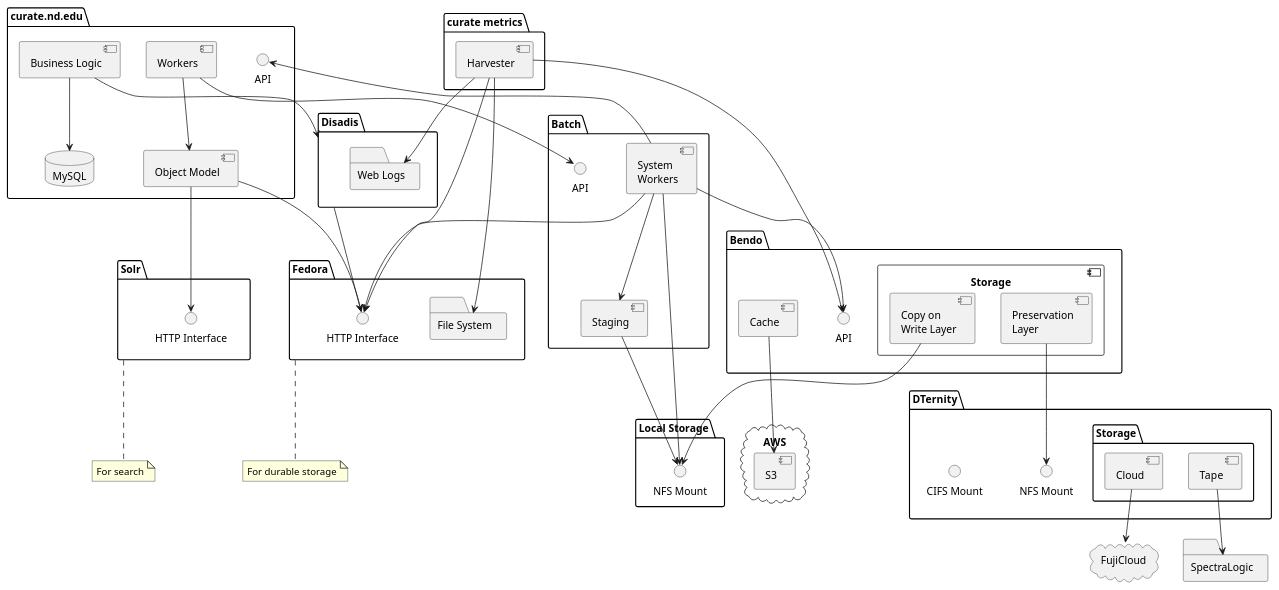
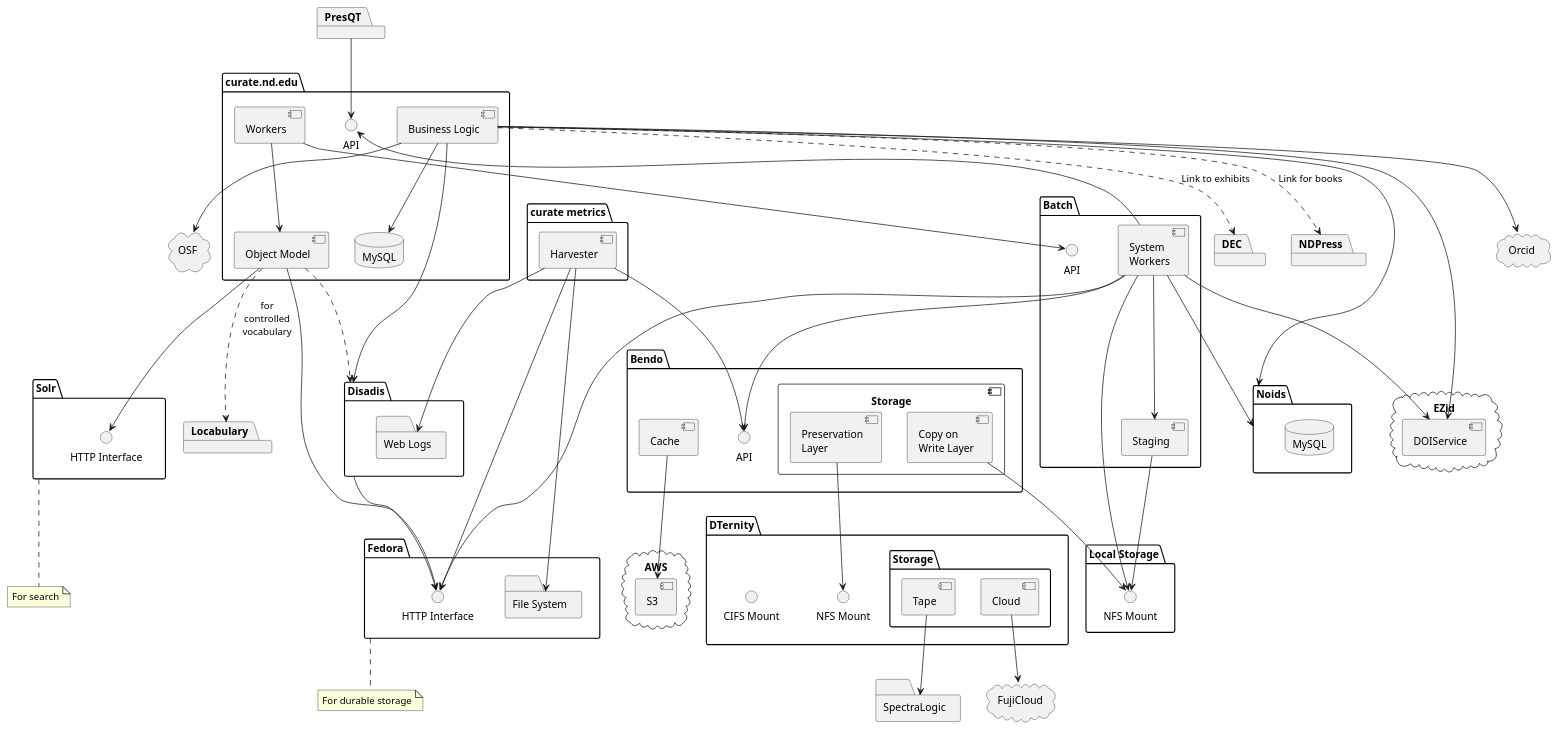
Before and after one commit to ndlib/dam-ecosystem-mapping: the diagram in plantuml/curate_nd.puml, drawn with PlantUML. The commit also changed 4 other files, not shown here.

```diff
--- a/plantuml/curate_nd.puml
+++ b/plantuml/curate_nd.puml
@@ -10,91 +10,120 @@
 @startuml
 
 package "curate.nd.edu" {
   component "Object Model" as CurateOM
   component "Workers" as CurateW
   component "Business Logic" as CurateBL
   database MySQL
   interface "API" as CurateAPI
   CurateW --> CurateOM
   CurateBL --> MySQL
 }
 package Disadis {
   folder "Web Logs" as WebLogs
 }
+
+cloud OSF
+CurateBL --> OSF
+cloud Orcid
+CurateBL --> Orcid
+
+package DEC
+package NDPress
+package Locabulary
+package PresQT
+
+PresQT --> CurateAPI
+
+CurateOM ..> Disadis
+CurateBL ..> DEC : Link to exhibits
+CurateBL ..> NDPress : Link for books
+CurateOM ..> Locabulary : "for\ncontrolled\nvocabulary"
 
 package "Fedora" {
   interface "HTTP Interface" as FedoraHTTP
   folder "File System" as FedoraFS
 }
 note bottom of Fedora
   For durable storage
 end note
 
 package "Solr" {
   interface "HTTP Interface" as SolrHTTP
 }
 note bottom of Solr
   For search
 end note
 
 package "Batch" {
   interface API as BatchAPI
   component "System\nWorkers" as BatchWorkers
   component Staging as BatchStaging
   BatchWorkers --> BatchStaging
 }
 
 package "Bendo" {
   interface API as BendoAPI
   component Cache as BendoC
   component Storage {
     component "Copy on\nWrite Layer" as BendoCOW
     component "Preservation\nLayer" as BendoPL
   }
 }
 
 package "DTernity" {
   interface "NFS Mount" as DTernityNFSM
   interface "CIFS Mount" as DTernityCIFSM
   package "Storage" as DTernityStorage {
     component "Cloud" as DternityCS
     component "Tape" as DternityTS
   }
 }
 
 folder "Local Storage" {
   interface "NFS Mount" as LocalNFSMount
 }
 
 folder "SpectraLogic"
 
 cloud "FujiCloud"
 
 cloud AWS {
   component S3
 }
 
+cloud EZid {
+  component DOIService as EZidDoiService
+}
+CurateBL --> EZidDoiService
+BatchWorkers --> EZidDoiService
+
+package Noids {
+  database MySQL as MySQLNoids
+}
+CurateBL --> Noids
+BatchWorkers --> Noids
+
 package "curate metrics" {
   component "Harvester"
   Harvester --> WebLogs
   Harvester --> FedoraHTTP
   Harvester --> FedoraFS
   Harvester --> BendoAPI
 }
 
 BendoPL --> DTernityNFSM
 CurateOM --> FedoraHTTP
 CurateOM --> SolrHTTP
 BatchWorkers --> CurateAPI
 BendoCOW --> LocalNFSMount
 DternityTS --> SpectraLogic
 DternityCS --> FujiCloud
 BendoC --> S3
 CurateW --> BatchAPI
 BatchWorkers --> BendoAPI
 BatchWorkers --> FedoraHTTP
 BatchWorkers --> LocalNFSMount
 BatchStaging --> LocalNFSMount
 Disadis --> FedoraHTTP
 CurateBL --> Disadis
 @enduml
```
